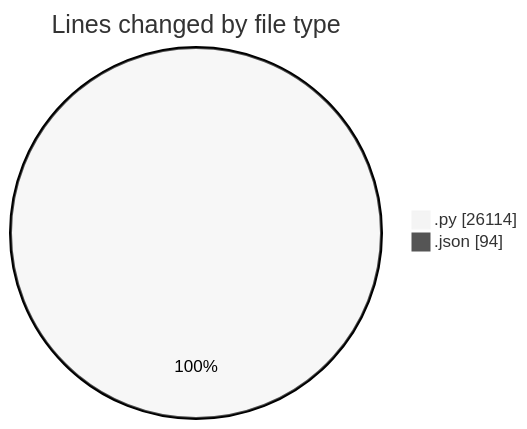
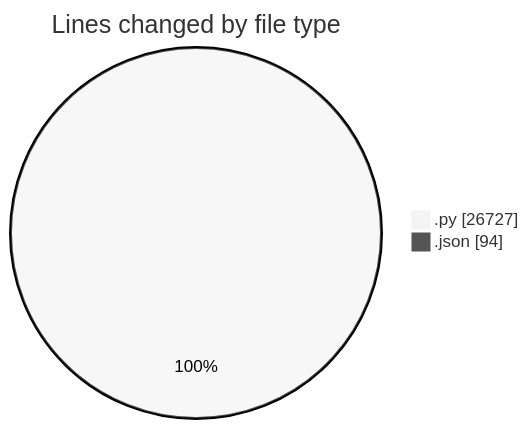
One commit to jrari/code-tracking changed the first of 2 diagrams in 2025-07-14/telebot/README.md. Above: the diagram before and after it, drawn with Mermaid (neutral theme). The commit also changed other lines of this file and 1 other file, not shown here.

````diff
--- a/2025-07-14/telebot/README.md
+++ b/2025-07-14/telebot/README.md
@@ -50,6 +51,6 @@
 ```mermaid
 pie showData
 title Lines changed by file type
-".py" : 26114
+".py" : 26727
 ".json" : 94
 ```
````
